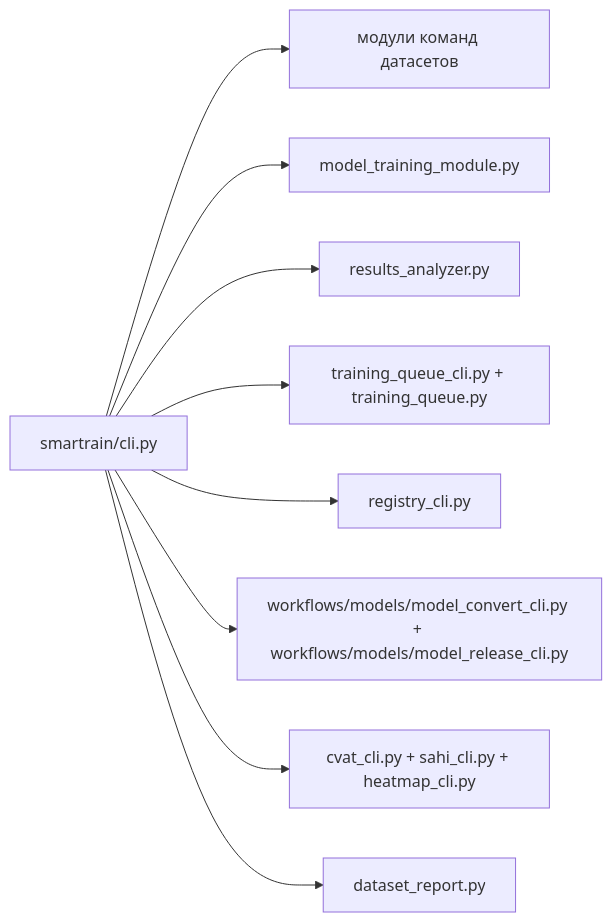
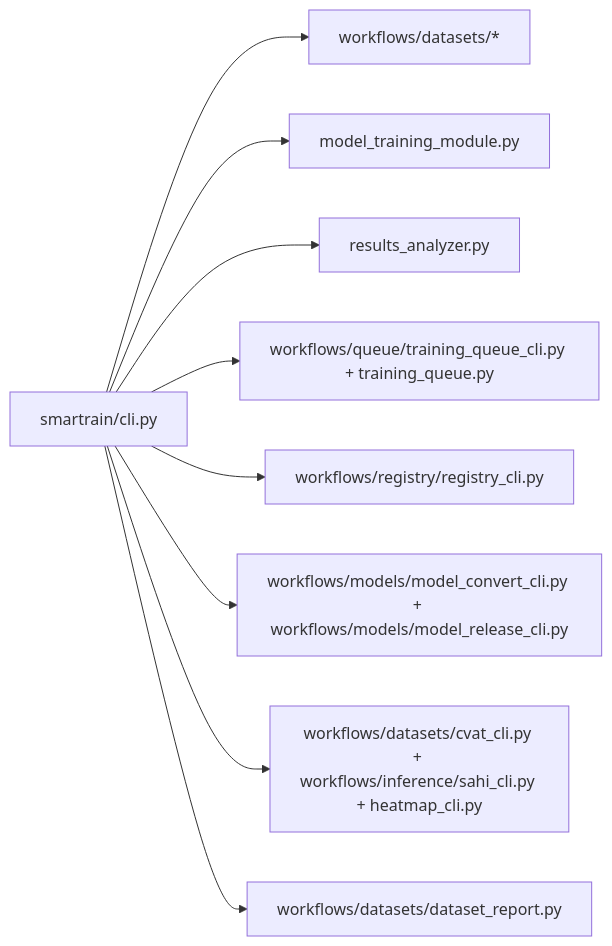
One commit to aicommunity/SmarTrain changed the diagram in docs/ru/reference/api.md. Above: the diagram before and after it, drawn with Mermaid. The commit also changed other lines of this file and 33 other files, not shown here.

````diff
--- a/docs/ru/reference/api.md
+++ b/docs/ru/reference/api.md
@@ -62,12 +62,12 @@
 ```mermaid
 flowchart LR
     cliRouter["smartrain/cli.py"]
-    cliRouter --> datasetsBlock["модули команд датасетов"]
+    cliRouter --> datasetsBlock["workflows/datasets/*"]
     cliRouter --> trainBlock["model_training_module.py"]
     cliRouter --> analyzeBlock["results_analyzer.py"]
-    cliRouter --> queueBlock["training_queue_cli.py + training_queue.py"]
-    cliRouter --> registryBlock["registry_cli.py"]
+    cliRouter --> queueBlock["workflows/queue/training_queue_cli.py + training_queue.py"]
+    cliRouter --> registryBlock["workflows/registry/registry_cli.py"]
     cliRouter --> modelBlock["workflows/models/model_convert_cli.py + workflows/models/model_release_cli.py"]
-    cliRouter --> ioBlock["cvat_cli.py + sahi_cli.py + heatmap_cli.py"]
-    cliRouter --> reportBlock["dataset_report.py"]
+    cliRouter --> ioBlock["workflows/datasets/cvat_cli.py + workflows/inference/sahi_cli.py + heatmap_cli.py"]
+    cliRouter --> reportBlock["workflows/datasets/dataset_report.py"]
 ```
````
